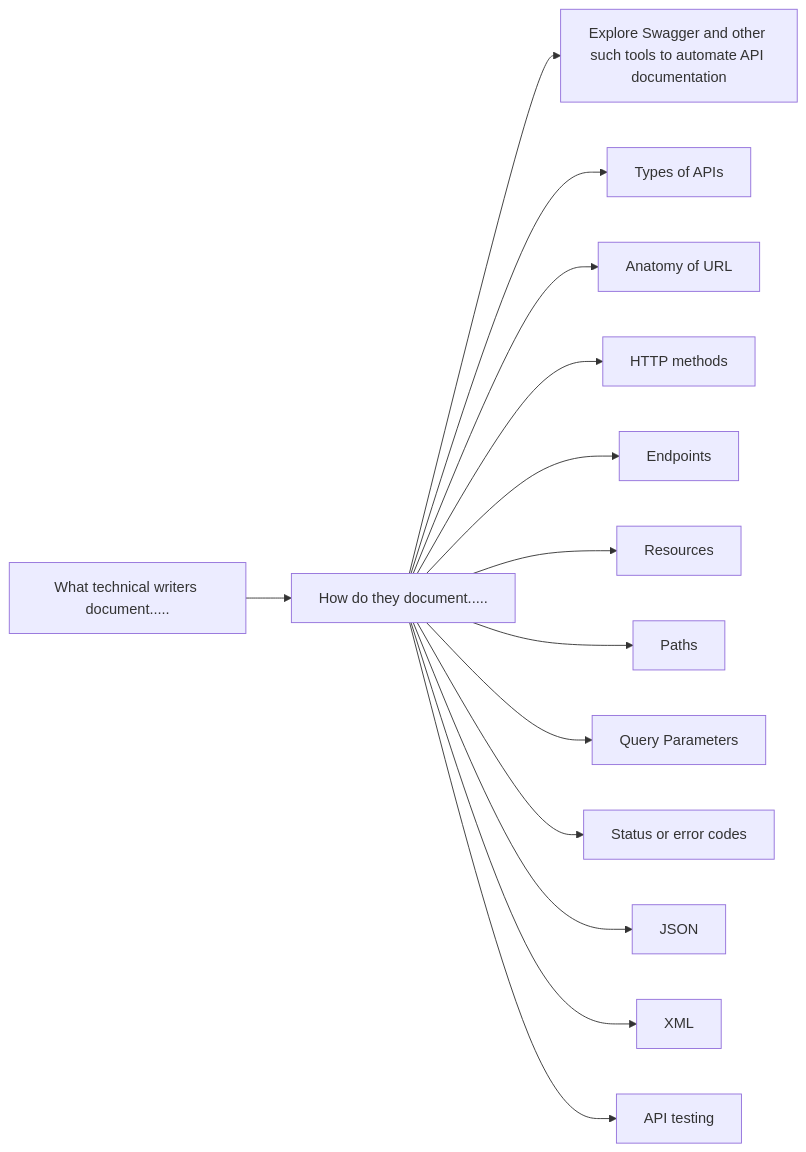
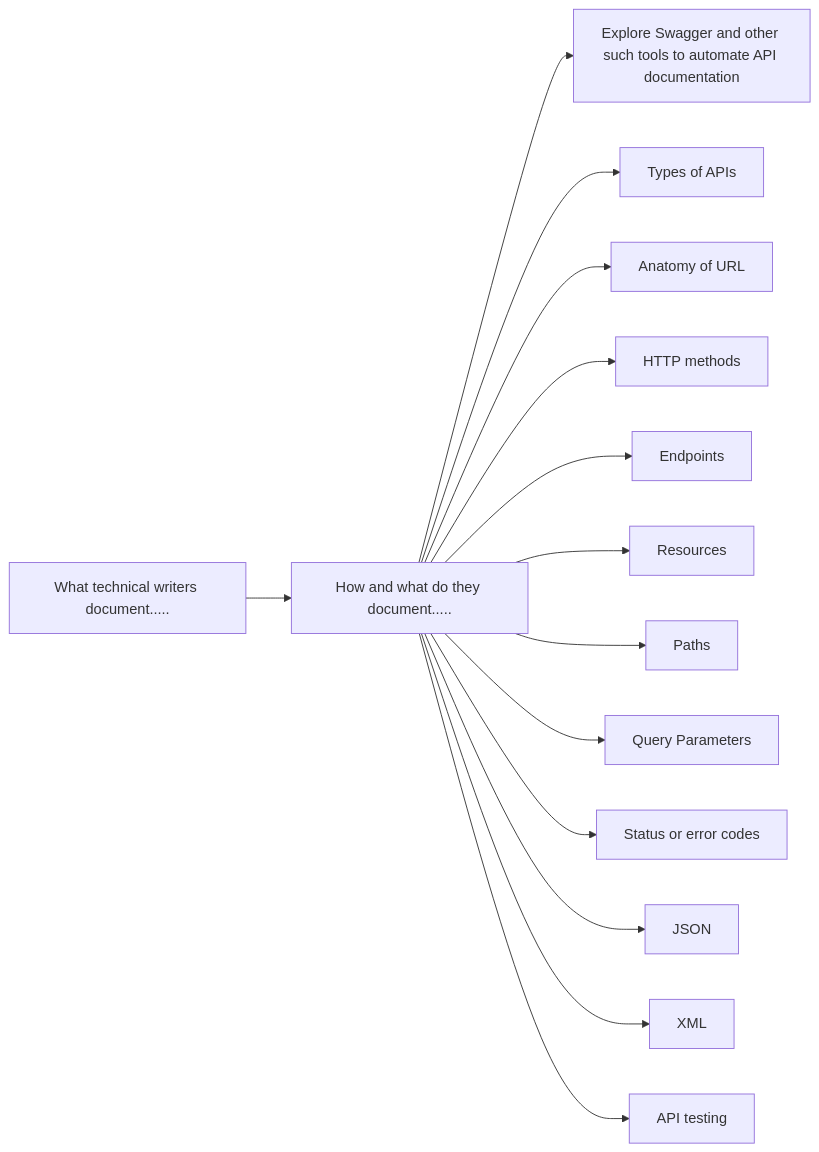
Before and after one commit to gautriv/apidocumentation: the diagram in index.md, drawn with Mermaid. The commit also changed 12 other files, not shown here.

```diff
--- a/index.md
+++ b/index.md
@@ -19,31 +19,31 @@
 <div class="mermaid">
   graph LR;  
   flow1[What technical writers document.....];
-  flow2[How do they document.....];
+  flow2[How and what do they document.....];
   flow3[Explore Swagger and other such tools to automate API documentation];
   flow4[Types of APIs];
   flow5[Anatomy of URL];
   flow6[HTTP methods];
   flow7[Endpoints];
   flow8[Resources];
   flow9[Paths];
   flow10[Query Parameters];
   flow11[Status or error codes];
   flow12[JSON]
   flow13[XML]
   flow14[API testing];
 
   flow1-->flow2;
   flow2-->flow3;
   flow2-->flow4;
   flow2-->flow5;
   flow2-->flow6;
   flow2-->flow7;
   flow2-->flow8;
   flow2-->flow9;
   flow2-->flow10;
   flow2-->flow11;
   flow2-->flow12;
   flow2-->flow13;
   flow2-->flow14;
 </div>
```
